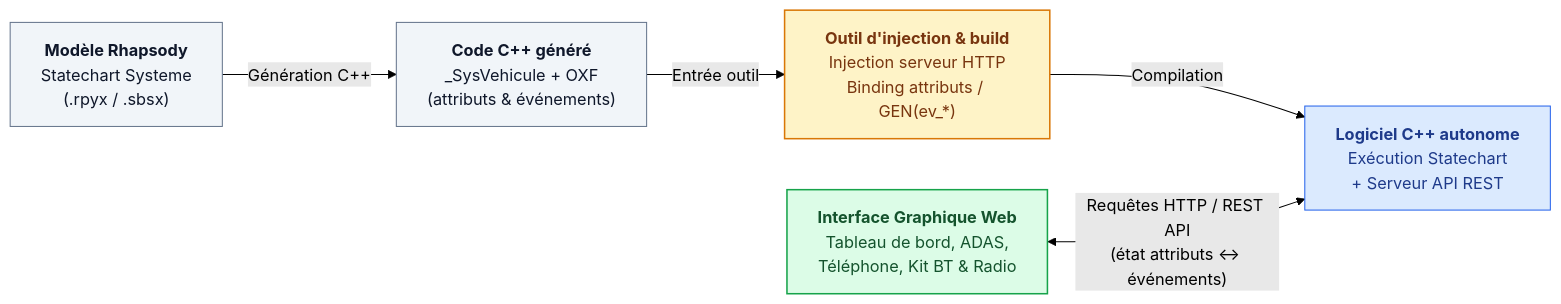
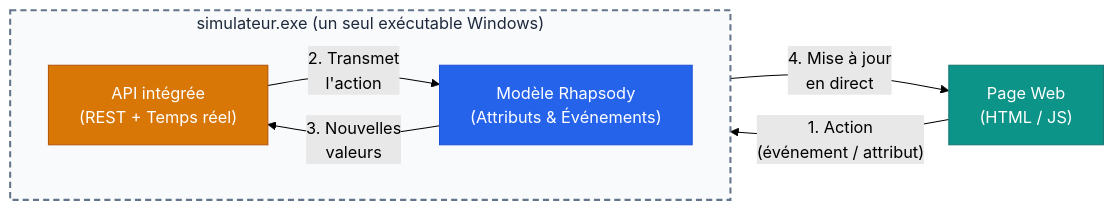
The ninth of 9 diagrams in systemes_evenements_discrets/Rapport/Rapport.md (benoitdekeyn/E4SE_TD_TP), drawn with Mermaid (forest theme) before and after one commit. The commit also changed other lines of this file and 2 other files, not shown here.

Commit message:
partie WEB outils et tuto ajoutée

````diff
--- a/systemes_evenements_discrets/Rapport/Rapport.md
+++ b/systemes_evenements_discrets/Rapport/Rapport.md
@@ -1258,22 +1219,24 @@
 ```mermaid
 flowchart LR
-    RPY["`**Modèle Rhapsody**<br/>Statechart Systeme<br/>(.rpyx / .sbsx)`"]
-    CPP["`**Code C++ généré**<br/>_SysVehicule + OXF<br/>(attributs & événements)`"]
-    TOOL["`**Outil d'injection & build**<br/>Injection serveur HTTP<br/>Binding attributs / GEN(ev_*)`"]
-    SRV["`**Logiciel C++ autonome**<br/>Exécution Statechart<br/>+ Serveur API REST`"]
-    WEB["`**Interface Graphique Web**<br/>Tableau de bord, ADAS,<br/>Téléphone, Kit BT & Radio`"]
+  UI["Page Web<br/>(HTML / JS)"]
 
-    RPY -->|"`Génération C++`"| CPP
-    CPP -->|"`Entrée outil`"| TOOL
-    TOOL -->|"`Compilation`"| SRV
-    WEB <-->|"`Requêtes HTTP / REST API<br/>(état attributs ↔ événements)`"| SRV
+  subgraph EXE["simulateur.exe (un seul exécutable Windows)"]
+    direction LR
+    API["API intégrée<br/>(REST + Temps réel)"]
+    MOD["Modèle Rhapsody<br/>(Attributs & Événements)"]
+  end
 
-    classDef rpy fill:#f1f5f9,stroke:#64748b,color:#0f172a
-    classDef tool fill:#fef3c7,stroke:#d97706,stroke-width:1.5px,color:#78350f
-    classDef run fill:#dbeafe,stroke:#2563eb,color:#1e3a8a
-    classDef web fill:#dcfce7,stroke:#16a34a,stroke-width:1.5px,color:#14532d
-    class RPY,CPP rpy
-    class TOOL tool
-    class SRV run
-    class WEB web
+  UI -->|"1. Action<br/>(événement / attribut)"| API
+  API -->|"2. Transmet<br/>l'action"| MOD
+  MOD -->|"3. Nouvelles<br/>valeurs"| API
+  API -->|"4. Mise à jour<br/>en direct"| UI
+
+  classDef web fill:#0d9488,stroke:#0f766e,color:#fff
+  classDef api fill:#d97706,stroke:#b45309,color:#fff
+  classDef mod fill:#2563eb,stroke:#1d4ed8,color:#fff
+
+  class UI web
+  class API api
+  class MOD mod
+  style EXE fill:#f8fafc,stroke:#64748b,stroke-width:2px,stroke-dasharray:6 4,color:#1e293b
 ```
````
